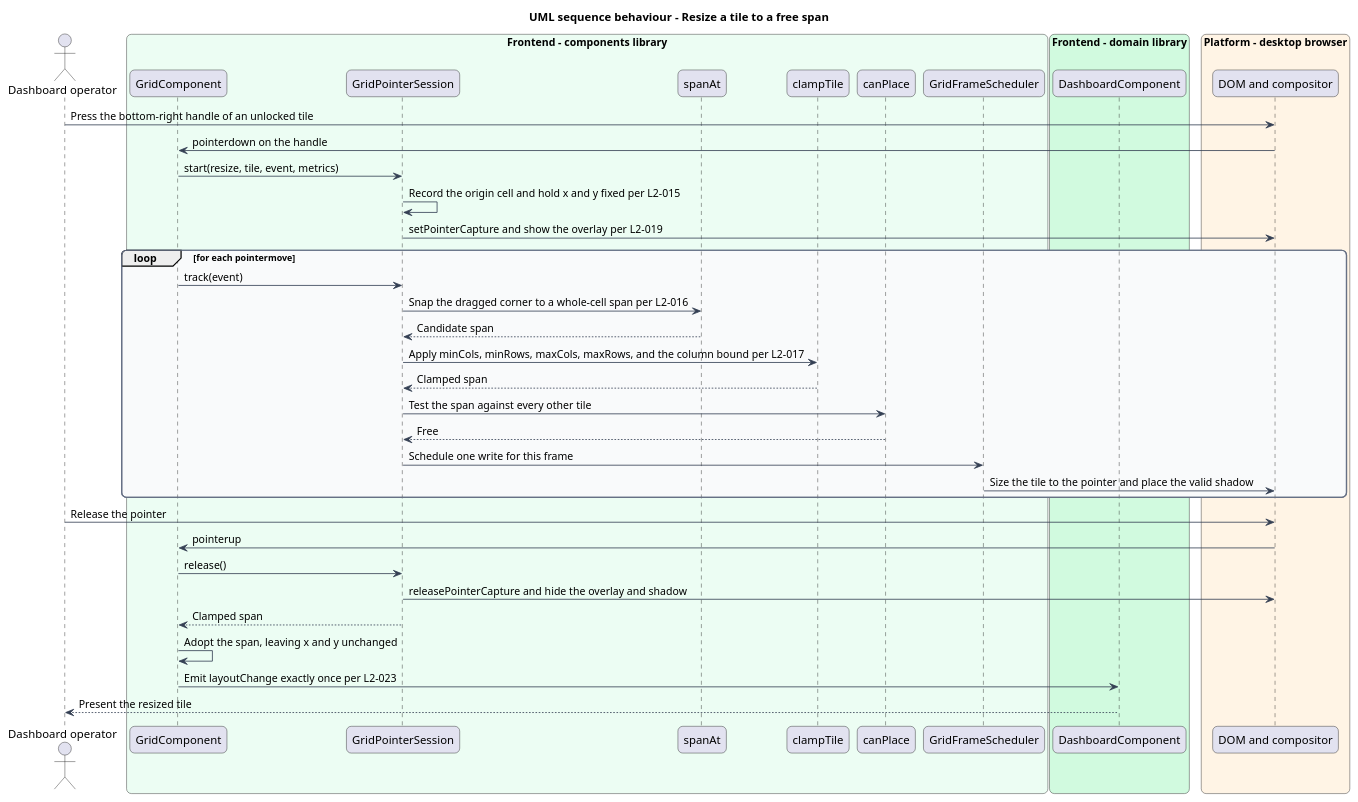
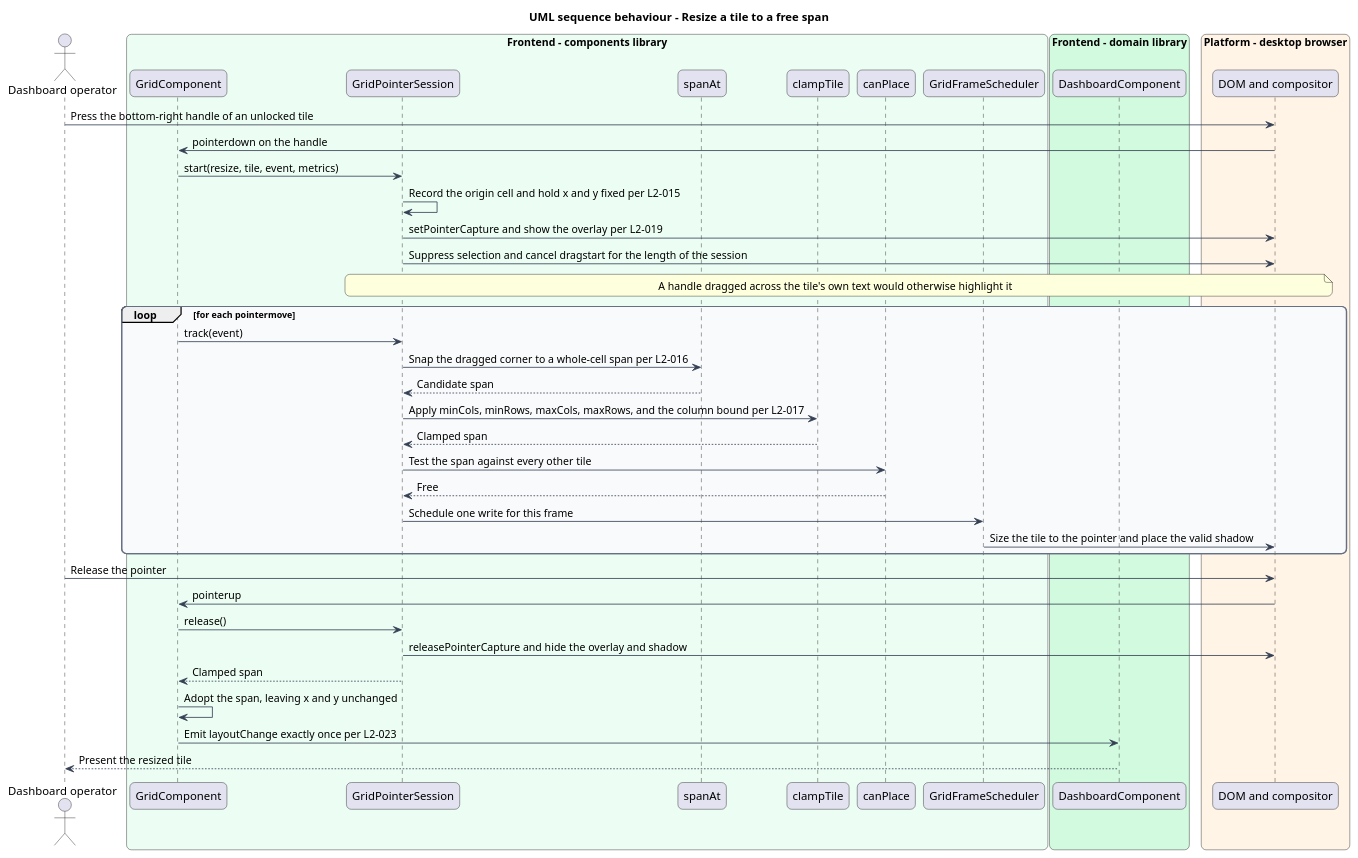
One commit to QuinntyneBrown/qbc-grid changed the diagram in docs/detailed-designs/tile-interaction/resize-a-tile/diagrams/sequence-resize-commit.puml. Above: the diagram before and after it, drawn with PlantUML. The commit also changed 4 other files, not shown here.

```diff
--- a/docs/detailed-designs/tile-interaction/resize-a-tile/diagrams/sequence-resize-commit.puml
+++ b/docs/detailed-designs/tile-interaction/resize-a-tile/diagrams/sequence-resize-commit.puml
@@ -1,57 +1,59 @@
 @startuml
 title UML sequence behaviour - Resize a tile to a free span
 skinparam backgroundColor #FFFFFF
 skinparam shadowing false
 skinparam roundcorner 12
 skinparam defaultFontName Arial
 skinparam ArrowColor #344054
 skinparam rectangle {
   BorderColor #344054
   FontColor #101828
 }
 skinparam package {
   BorderColor #667085
   FontColor #101828
   BackgroundColor #F9FAFB
 }
 actor "Dashboard operator" as actor
 box "Frontend - components library" #ECFDF3
   participant "GridComponent" as grid
   participant "GridPointerSession" as session
   participant "spanAt" as spanat
   participant "clampTile" as clamp
   participant "canPlace" as canplace
   participant "GridFrameScheduler" as scheduler
 end box
 box "Frontend - domain library" #D1FADF
   participant "DashboardComponent" as dashboard
 end box
 box "Platform - desktop browser" #FFF4E5
   participant "DOM and compositor" as dom
 end box
 
 actor -> dom : Press the bottom-right handle of an unlocked tile
 dom -> grid : pointerdown on the handle
 grid -> session : start(resize, tile, event, metrics)
 session -> session : Record the origin cell and hold x and y fixed per L2-015
 session -> dom : setPointerCapture and show the overlay per L2-019
+session -> dom : Suppress selection and cancel dragstart for the length of the session
+note over session, dom : A handle dragged across the tile's own text would otherwise highlight it
 loop for each pointermove
   grid -> session : track(event)
   session -> spanat : Snap the dragged corner to a whole-cell span per L2-016
   spanat --> session : Candidate span
   session -> clamp : Apply minCols, minRows, maxCols, maxRows, and the column bound per L2-017
   clamp --> session : Clamped span
   session -> canplace : Test the span against every other tile
   canplace --> session : Free
   session -> scheduler : Schedule one write for this frame
   scheduler -> dom : Size the tile to the pointer and place the valid shadow
 end
 actor -> dom : Release the pointer
 dom -> grid : pointerup
 grid -> session : release()
 session -> dom : releasePointerCapture and hide the overlay and shadow
 session --> grid : Clamped span
 grid -> grid : Adopt the span, leaving x and y unchanged
 grid -> dashboard : Emit layoutChange exactly once per L2-023
 dashboard --> actor : Present the resized tile
 @enduml
```
